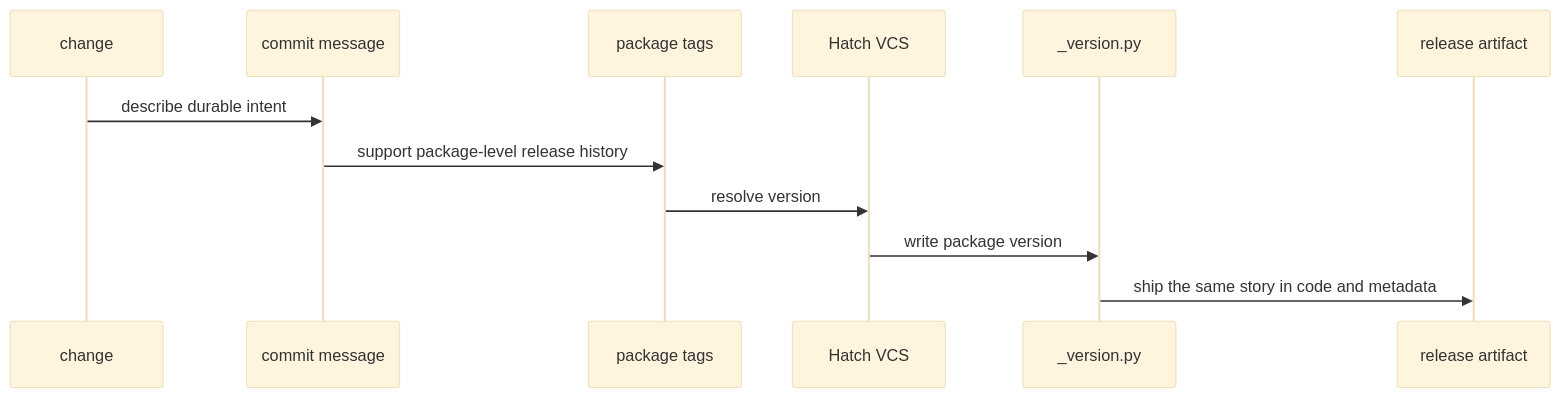
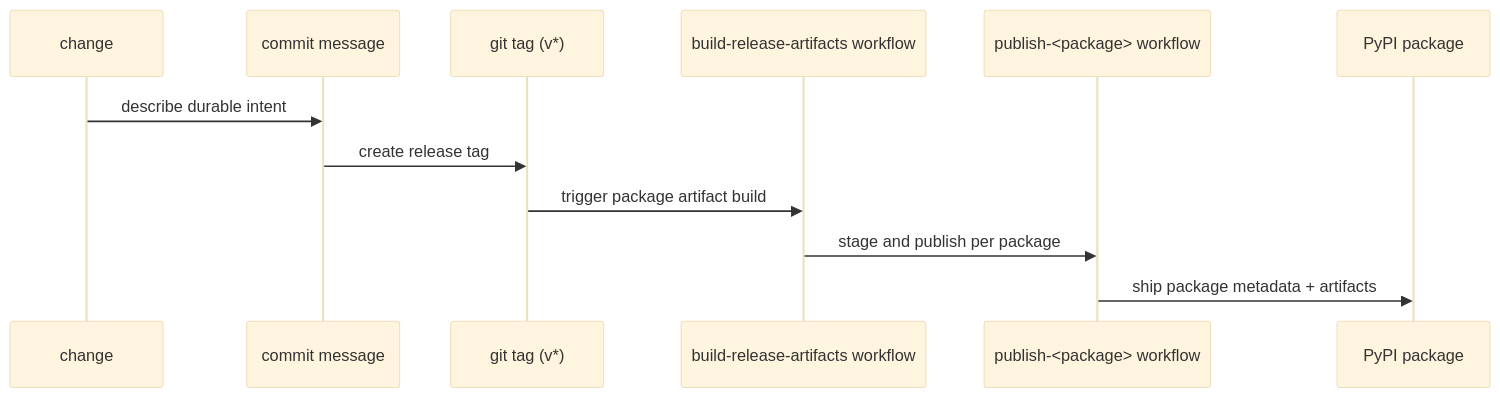
The diagram in docs/bijux-proteomics/release-and-versioning.md (bijux/bijux-proteomics), drawn with Mermaid (base theme) before and after one commit. The commit also changed other lines of this file, not shown here.

Commit message:
docs(repo): replace obsolete version-file flow with tag-driven publish model

````diff
--- a/docs/bijux-proteomics/release-and-versioning.md
+++ b/docs/bijux-proteomics/release-and-versioning.md
@@ -25,15 +25,15 @@
 ```mermaid
 sequenceDiagram
     participant Change as change
     participant Commit as commit message
-    participant Tags as package tags
-    participant Hatch as Hatch VCS
-    participant Version as _version.py
-    participant Release as release artifact
+    participant Tag as git tag (v*)
+    participant Build as build-release-artifacts workflow
+    participant Publish as publish-<package> workflow
+    participant PyPI as PyPI package
 
     Change->>Commit: describe durable intent
-    Commit->>Tags: support package-level release history
-    Tags->>Hatch: resolve version
-    Hatch->>Version: write package version
-    Version->>Release: ship the same story in code and metadata
+    Commit->>Tag: create release tag
+    Tag->>Build: trigger package artifact build
+    Build->>Publish: stage and publish per package
+    Publish->>PyPI: ship package metadata + artifacts
 ```
````
